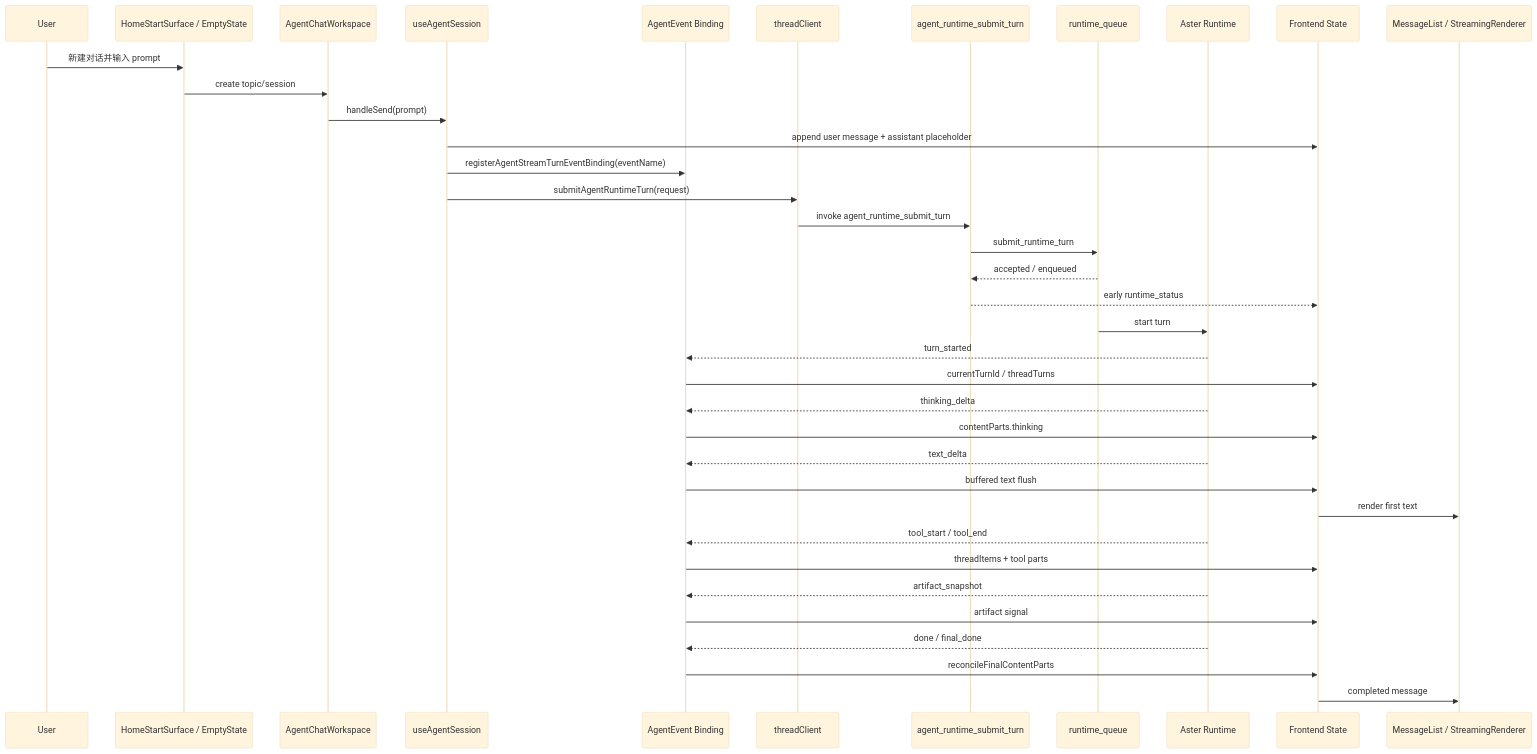
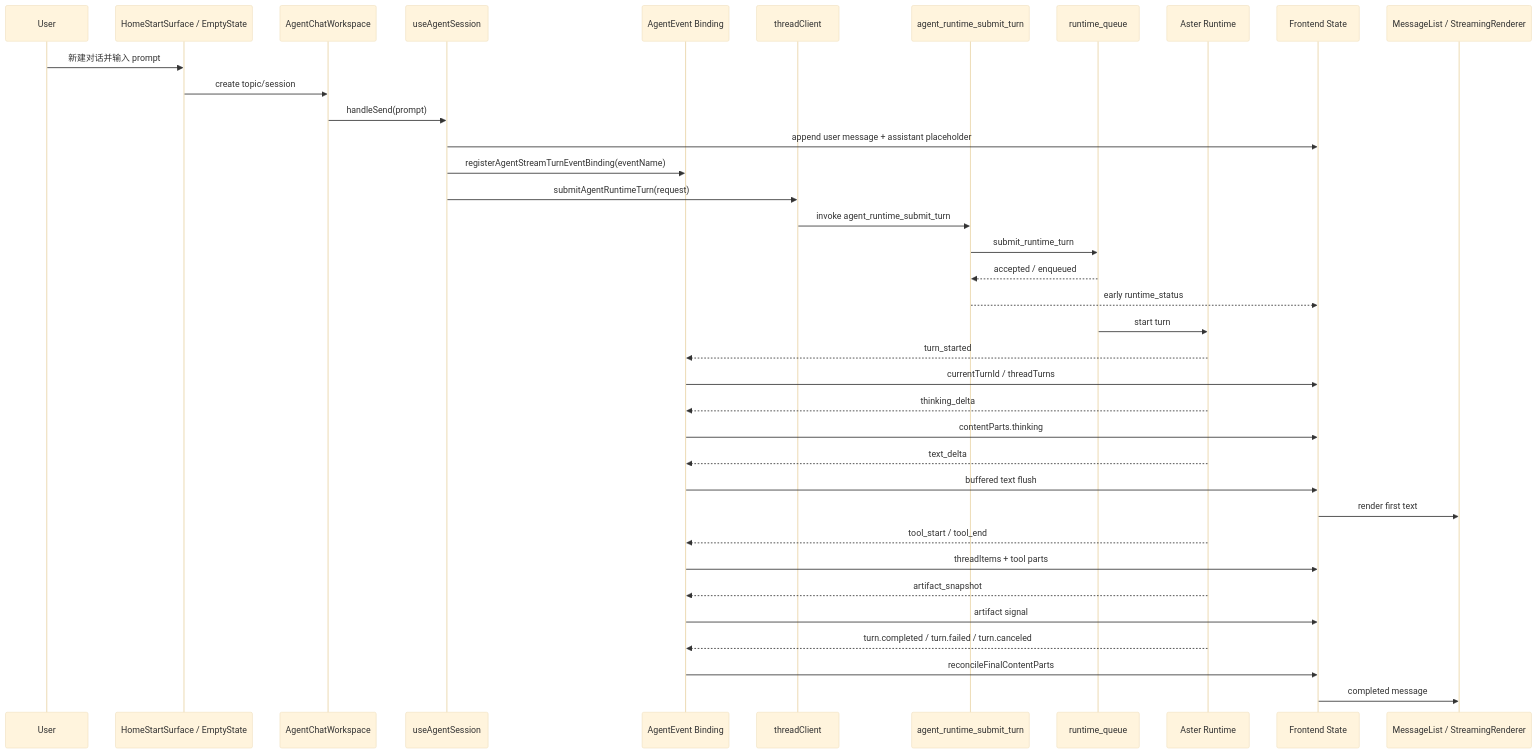
Before and after one commit to jiujuan/lime: the first of 8 diagrams in internal/roadmap/agentui/lime-agentui-sequence-diagrams.md, drawn with Mermaid (base theme). The commit also changed other lines of this file and 12 other files, not shown here.

Commit message:
docs: sync roadmap status

````diff
--- a/internal/roadmap/agentui/lime-agentui-sequence-diagrams.md
+++ b/internal/roadmap/agentui/lime-agentui-sequence-diagrams.md
@@ -9,40 +9,40 @@
 ```mermaid
 sequenceDiagram
   participant U as User
   participant Home as HomeStartSurface / EmptyState
   participant Shell as AgentChatWorkspace
   participant Hook as useAgentSession
   participant Bind as AgentEvent Binding
   participant API as threadClient
   participant Cmd as agent_runtime_submit_turn
   participant Queue as runtime_queue
   participant RT as Aster Runtime
   participant State as Frontend State
   participant UI as MessageList / StreamingRenderer
 
   U->>Home: 新建对话并输入 prompt
   Home->>Shell: create topic/session
   Shell->>Hook: handleSend(prompt)
   Hook->>State: append user message + assistant placeholder
   Hook->>Bind: registerAgentStreamTurnEventBinding(eventName)
   Hook->>API: submitAgentRuntimeTurn(request)
   API->>Cmd: invoke agent_runtime_submit_turn
   Cmd->>Queue: submit_runtime_turn
   Queue-->>Cmd: accepted / enqueued
   Cmd-->>State: early runtime_status
   Queue->>RT: start turn
   RT-->>Bind: turn_started
   Bind->>State: currentTurnId / threadTurns
   RT-->>Bind: thinking_delta
   Bind->>State: contentParts.thinking
   RT-->>Bind: text_delta
   Bind->>State: buffered text flush
   State->>UI: render first text
   RT-->>Bind: tool_start / tool_end
   Bind->>State: threadItems + tool parts
   RT-->>Bind: artifact_snapshot
   Bind->>State: artifact signal
-  RT-->>Bind: done / final_done
+  RT-->>Bind: turn.completed / turn.failed / turn.canceled
   Bind->>State: reconcileFinalContentParts
   State->>UI: completed message
 ```
````
